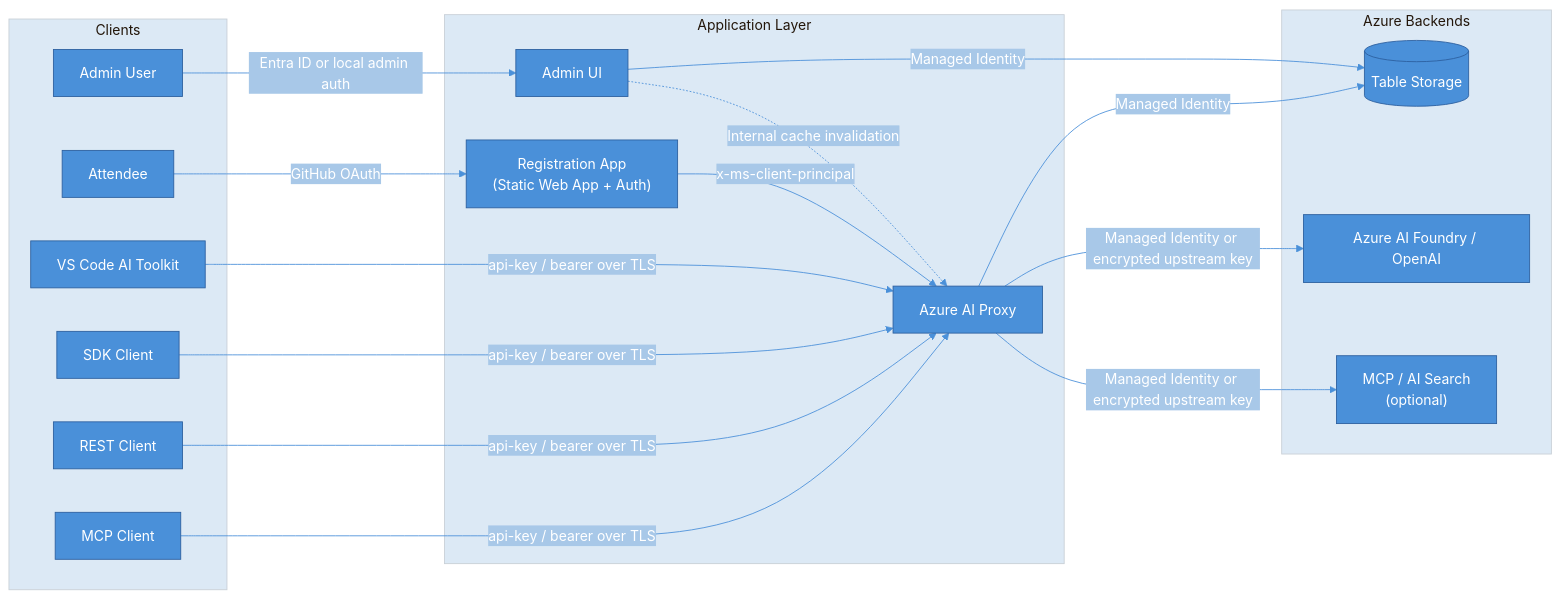
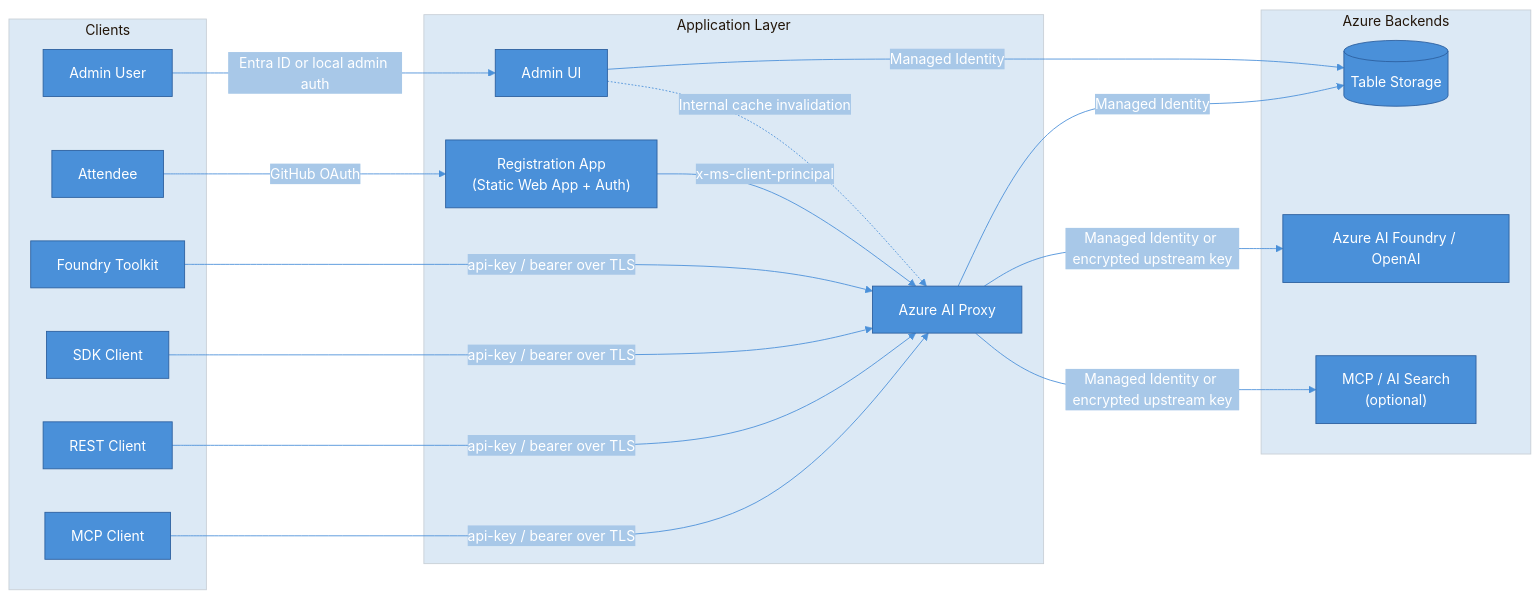
Before and after one commit to gloveboxes/azure-ai-proxy-lite: the second of 2 diagrams in README.md, drawn with Mermaid. The commit also changed other lines of this file and 25 other files, not shown here.

Commit message:
Refactor documentation and code to replace "AI Toolkit" with "Foundry Toolkit" across all references, including updates to related classes, endpoints, and validation attributes.

````diff
--- a/README.md
+++ b/README.md
@@ -80,39 +80,39 @@
 ```mermaid
 %%{init: {'theme': 'base', 'themeVariables': {'primaryColor': '#4a90d9', 'primaryTextColor': '#ffffff', 'primaryBorderColor': '#2c5f9e', 'lineColor': '#4a90d9', 'secondaryColor': '#a8c8e8', 'tertiaryColor': '#dce9f5'}}}%%
 graph LR
     subgraph Clients["Clients"]
         admin_user["Admin User"]
         attendee["Attendee"]
-        ai_toolkit["VS Code AI Toolkit"]
+        foundry_toolkit["Foundry Toolkit"]
         sdk["SDK Client"]
         rest["REST Client"]
         mcp["MCP Client"]
     end
 
     subgraph Apps["Application Layer"]
         reg["Registration App<br/>(Static Web App + Auth)"]
         admin["Admin UI"]
         proxy["Azure AI Proxy"]
     end
 
     subgraph Backends["Azure Backends"]
         storage[("Table Storage")]
         ai["Azure AI Foundry / OpenAI"]
         ext["MCP / AI Search<br/>(optional)"]
     end
 
     attendee -->|"GitHub OAuth"| reg
     reg -->|"x-ms-client-principal"| proxy
-    ai_toolkit -->|"api-key / bearer over TLS"| proxy
+    foundry_toolkit -->|"api-key / bearer over TLS"| proxy
     sdk -->|"api-key / bearer over TLS"| proxy
     rest -->|"api-key / bearer over TLS"| proxy
     mcp -->|"api-key / bearer over TLS"| proxy
     admin_user -->|"Entra ID or local admin auth"| admin
 
     admin -->|"Managed Identity"| storage
     admin -.->|"Internal cache invalidation"| proxy
 
     proxy -->|"Managed Identity"| storage
     proxy -->|"Managed Identity or encrypted upstream key"| ai
     proxy -->|"Managed Identity or encrypted upstream key"| ext
 ```
````
